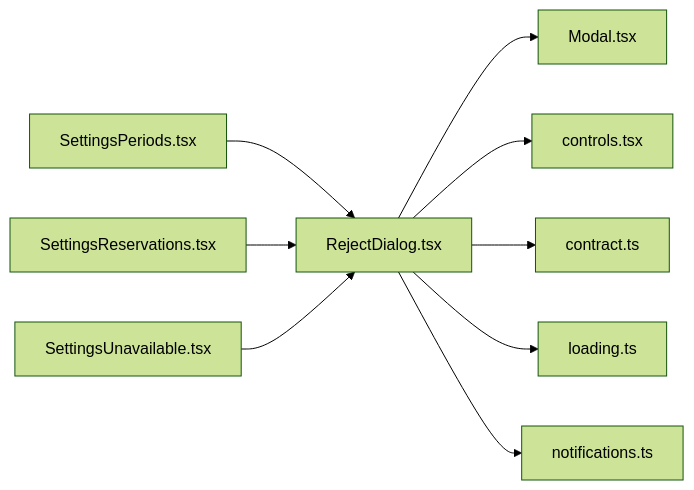
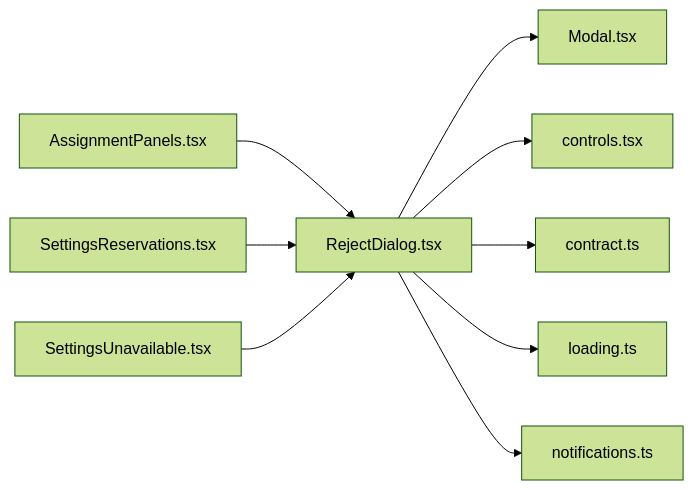
Before and after one commit to minkong-dev/Banblit: the diagram in .cluedoc/graph/frontend/src/components/RejectDialog.md, drawn with Mermaid (forest theme). The commit also changed other lines of this file and 9 other files, not shown here.

Commit message:
frontend: move the unfix button to the assignment result screen

````diff
--- a/.cluedoc/graph/frontend/src/components/RejectDialog.md
+++ b/.cluedoc/graph/frontend/src/components/RejectDialog.md
@@ -10,12 +10,12 @@
 ```mermaid
 flowchart LR
   frontend_src_components_RejectDialog["RejectDialog.tsx"]
   frontend_src_components_RejectDialog --> frontend_src_components_Modal["Modal.tsx"]
   frontend_src_components_RejectDialog --> frontend_src_components_controls["controls.tsx"]
   frontend_src_components_RejectDialog --> frontend_src_lib_contract["contract.ts"]
   frontend_src_components_RejectDialog --> frontend_src_lib_loading["loading.ts"]
   frontend_src_components_RejectDialog --> frontend_src_lib_notifications["notifications.ts"]
-  frontend_src_routes_SettingsPeriods["SettingsPeriods.tsx"] --> frontend_src_components_RejectDialog
+  frontend_src_routes_AssignmentPanels["AssignmentPanels.tsx"] --> frontend_src_components_RejectDialog
   frontend_src_routes_SettingsReservations["SettingsReservations.tsx"] --> frontend_src_components_RejectDialog
   frontend_src_routes_SettingsUnavailable["SettingsUnavailable.tsx"] --> frontend_src_components_RejectDialog
 ```
````
